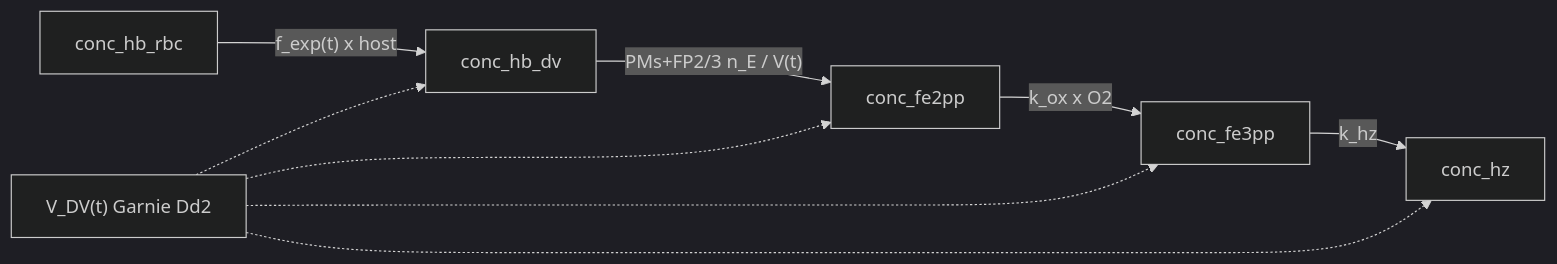
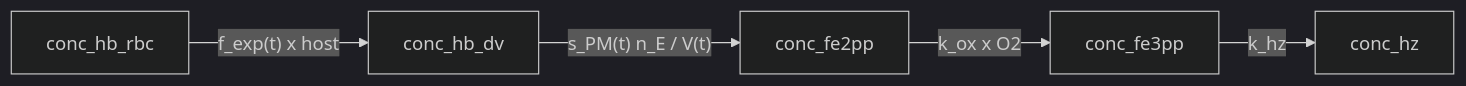
Before and after one commit to davidkuter/haem_kinetics: the diagram in docs/models/model3.md, drawn with Mermaid (dark theme). The commit also changed other lines of this file and 42 other files, not shown here.

````diff
--- a/docs/models/model3.md
+++ b/docs/models/model3.md
@@ -34,11 +41,7 @@
 ```mermaid
 flowchart LR
   Host["conc_hb_rbc"] -->|"f_exp(t) x host"| HbDV["conc_hb_dv"]
-  HbDV -->|"PMs+FP2/3 n_E / V(t)"| Fe2["conc_fe2pp"]
+  HbDV -->|"s_PM(t) n_E / V(t)"| Fe2["conc_fe2pp"]
   Fe2 -->|"k_ox x O2"| Fe3["conc_fe3pp"]
   Fe3 -->|"k_hz"| Hz["conc_hz"]
-  Vdv["V_DV(t) Garnie Dd2"] -.-> HbDV
-  Vdv -.-> Fe2
-  Vdv -.-> Fe3
-  Vdv -.-> Hz
 ```
````
